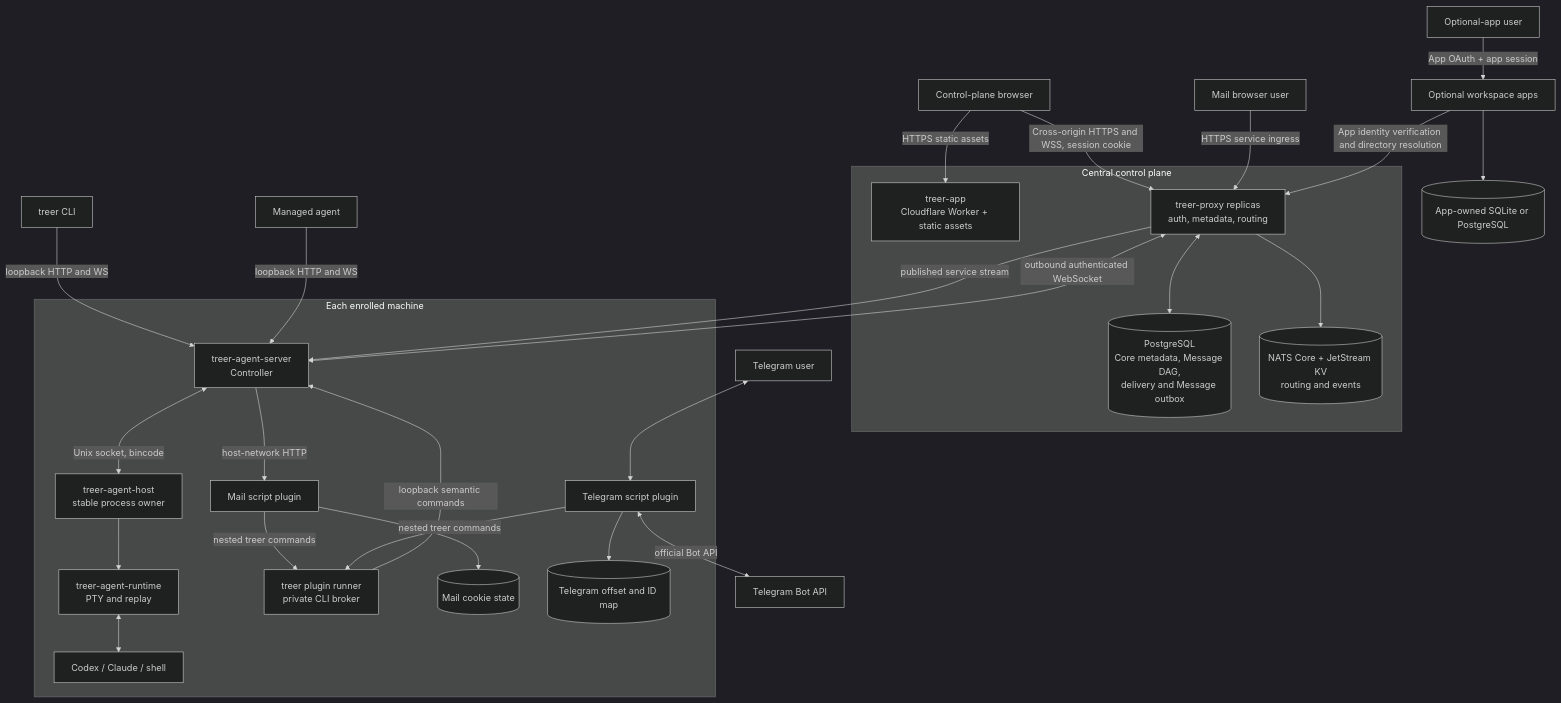
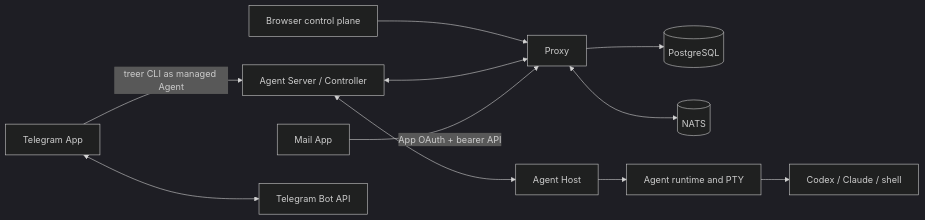
One commit to EvoEvolver/treer changed the diagram in docs/architecture.md. Above: the diagram before and after it, drawn with Mermaid (dark theme). The commit also changed other lines of this file and 75 other files, not shown here.

Commit message:
refactor: replace plugin runtime with apps

````diff
--- a/docs/architecture.md
+++ b/docs/architecture.md
@@ -12,46 +5,13 @@
 ```mermaid
-flowchart TB
-    Browser[Control-plane browser] -->|HTTPS static assets| Web
-    Browser -->|Cross-origin HTTPS and WSS, session cookie| Proxy
-    AppUser[Optional-app user] -->|App OAuth + app session| Apps[Optional workspace apps]
-    MailUser[Mail browser user] -->|HTTPS service ingress| Proxy
-    TelegramUser[Telegram user] <--> Telegram
-    CLI[treer CLI] -->|loopback HTTP and WS| Controller
-    Agent[Managed agent] -->|loopback HTTP and WS| Controller
-
-    subgraph Central[Central control plane]
-        Proxy["treer-proxy replicas<br/>auth, metadata, routing"]
-        DB[(PostgreSQL<br/>Core metadata, Message DAG,<br/>delivery and Message outbox)]
-        NATS[(NATS Core + JetStream KV<br/>routing and events)]
-        Web[treer-app<br/>Cloudflare Worker + static assets]
-        Proxy <--> DB
-        Proxy --> NATS
-    end
-
-    subgraph Machine[Each enrolled machine]
-        Controller["treer-agent-server<br/>Controller"]
-        Host["treer-agent-host<br/>stable process owner"]
-        Runtime["treer-agent-runtime<br/>PTY and replay"]
-        Processes[Codex / Claude / shell]
-        Broker["treer plugin runner<br/>private CLI broker"]
-        Mail[Mail script plugin]
-        Telegram[Telegram script plugin]
-        MailState[(Mail cookie state)]
-        TelegramState[(Telegram offset and ID map)]
-        Controller <-->|Unix socket, bincode| Host
-        Host --> Runtime
-        Runtime <--> Processes
-        Mail -->|nested treer commands| Broker
-        Telegram -->|nested treer commands| Broker
-        Broker -->|loopback semantic commands| Controller
-        Mail --> MailState
-        Telegram --> TelegramState
-    end
-
-    Controller <-->|outbound authenticated WebSocket| Proxy
-    Proxy -->|published service stream| Controller
-    Controller -->|host-network HTTP| Mail
-    Apps -->|App identity verification and directory resolution| Proxy
-    Apps --> AppDB[(App-owned SQLite or PostgreSQL)]
-    Telegram <-->|official Bot API| TelegramAPI[Telegram Bot API]
+flowchart LR
+    Web[Browser control plane] --> Proxy[Proxy]
+    Proxy --> DB[(PostgreSQL)]
+    Proxy <--> NATS[(NATS)]
+    Controller[Agent Server / Controller] <--> Proxy
+    Controller <--> Host[Agent Host]
+    Host --> Runtime[Agent runtime and PTY]
+    Runtime --> Agent[Codex / Claude / shell]
+    Mail[Mail App] -->|App OAuth + bearer API| Proxy
+    Telegram[Telegram App] -->|treer CLI as managed Agent| Controller
+    Telegram <--> TG[Telegram Bot API]
 ```
````
